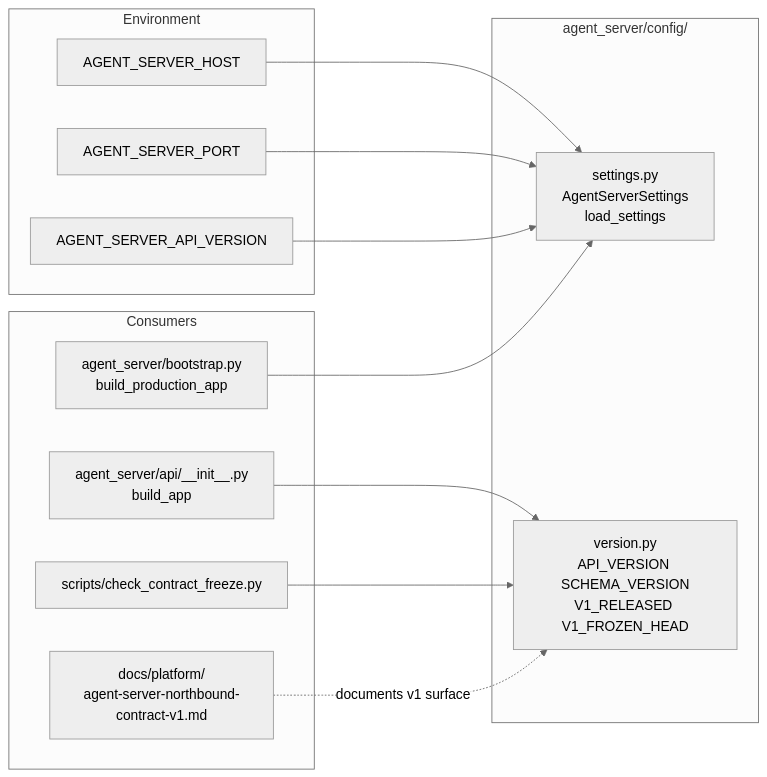
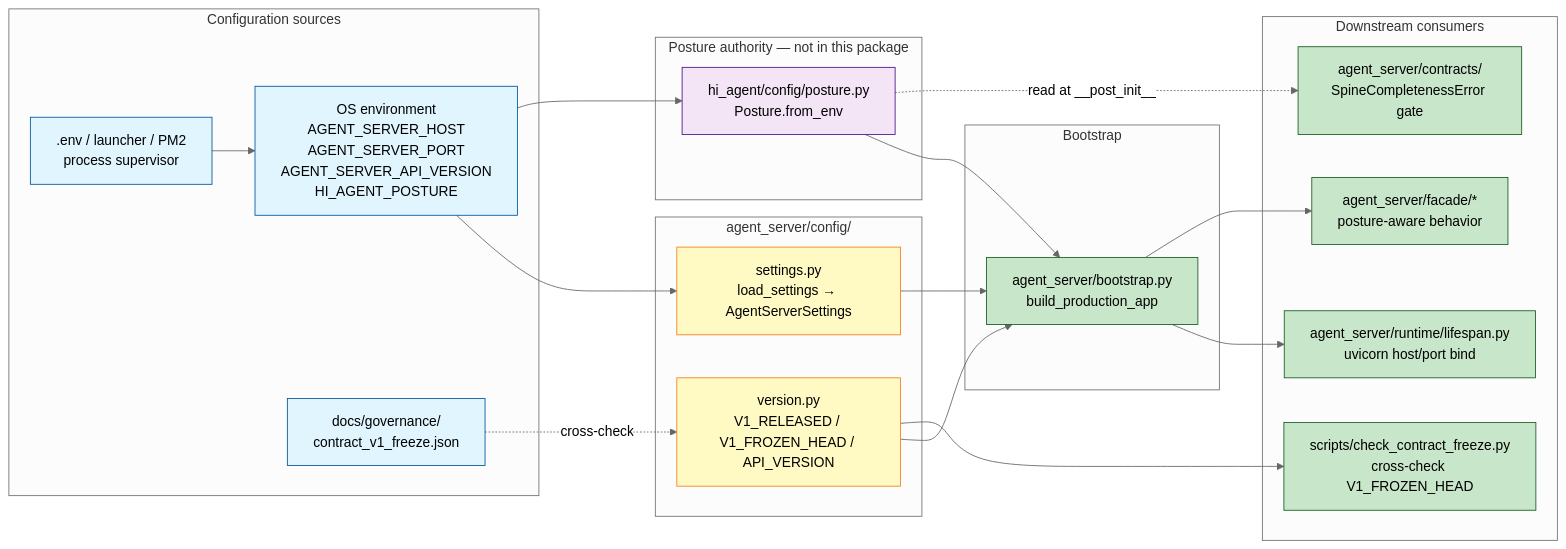
Before and after one commit to chaosxingxc-orion/hi-agent: the first of 3 diagrams in agent_server/config/ARCHITECTURE.md, drawn with Mermaid (neutral theme). The commit also changed other lines of this file and 25 other files, not shown here.

First line of the commit message:
[W35-corrective] Refresh ARCHITECTURE.md hierarchy + add missing READMEs

````diff
--- a/agent_server/config/ARCHITECTURE.md
+++ b/agent_server/config/ARCHITECTURE.md
@@ -50,29 +24,50 @@
 ```mermaid
-graph LR
-    subgraph CFG[agent_server/config/]
-        SET[settings.py<br/>AgentServerSettings<br/>load_settings]
-        VER[version.py<br/>API_VERSION SCHEMA_VERSION<br/>V1_RELEASED V1_FROZEN_HEAD]
+flowchart LR
+    subgraph env [Configuration sources]
+        OSENV[OS environment<br/>AGENT_SERVER_HOST<br/>AGENT_SERVER_PORT<br/>AGENT_SERVER_API_VERSION<br/>HI_AGENT_POSTURE]
+        DOTENV[.env / launcher / PM2<br/>process supervisor]
+        FREEZE[docs/governance/<br/>contract_v1_freeze.json]
     end
 
-    subgraph CONSUMERS[Consumers]
-        BS[agent_server/bootstrap.py<br/>build_production_app]
-        API[agent_server/api/__init__.py<br/>build_app]
-        FREEZE[scripts/check_contract_freeze.py]
-        DOCS[docs/platform/<br/>agent-server-northbound-contract-v1.md]
+    subgraph config [agent_server/config/]
+        SET[settings.py<br/>load_settings → AgentServerSettings]
+        VER[version.py<br/>V1_RELEASED / V1_FROZEN_HEAD / API_VERSION]
     end
 
-    subgraph ENV[Environment]
-        HOSTV[AGENT_SERVER_HOST]
-        PORTV[AGENT_SERVER_PORT]
-        APIV[AGENT_SERVER_API_VERSION]
+    subgraph posture_layer [Posture authority — not in this package]
+        POS[hi_agent/config/posture.py<br/>Posture.from_env]
     end
 
-    HOSTV --> SET
-    PORTV --> SET
-    APIV --> SET
+    subgraph bootstrap [Bootstrap]
+        BOOT[agent_server/bootstrap.py<br/>build_production_app]
+    end
 
-    BS --> SET
-    API --> VER
-    FREEZE --> VER
-    DOCS -. documents v1 surface .-> VER
+    subgraph consumers [Downstream consumers]
+        APP[agent_server/runtime/lifespan.py<br/>uvicorn host/port bind]
+        FAC[agent_server/facade/*<br/>posture-aware behavior]
+        CON[agent_server/contracts/<br/>SpineCompletenessError gate]
+        FREEZECHK[scripts/check_contract_freeze.py<br/>cross-check V1_FROZEN_HEAD]
+    end
+
+    OSENV --> SET
+    DOTENV --> OSENV
+    OSENV --> POS
+    FREEZE -.cross-check.-> VER
+
+    SET --> BOOT
+    VER --> BOOT
+    POS --> BOOT
+    BOOT --> APP
+    BOOT --> FAC
+    POS -.read at __post_init__.-> CON
+    VER --> FREEZECHK
+
+    classDef src fill:#e1f5ff,stroke:#01579b
+    classDef cfg fill:#fff9c4,stroke:#f57f17
+    classDef pos fill:#f3e5f5,stroke:#4a148c
+    classDef out fill:#c8e6c9,stroke:#1b5e20
+    class OSENV,DOTENV,FREEZE src
+    class SET,VER cfg
+    class POS pos
+    class BOOT,APP,FAC,CON,FREEZECHK out
 ```
````
